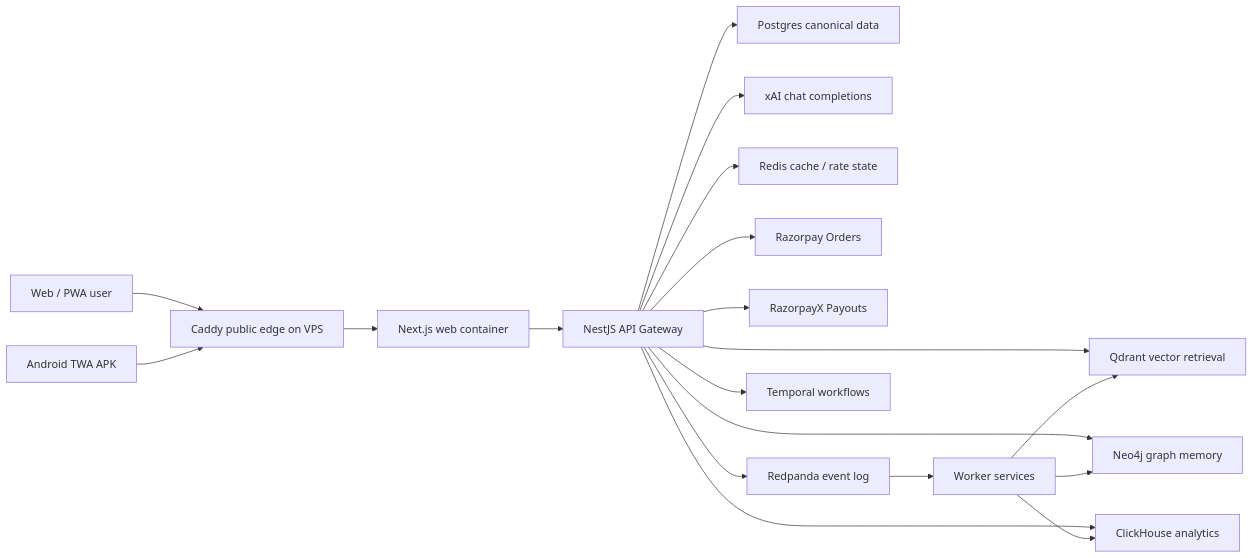
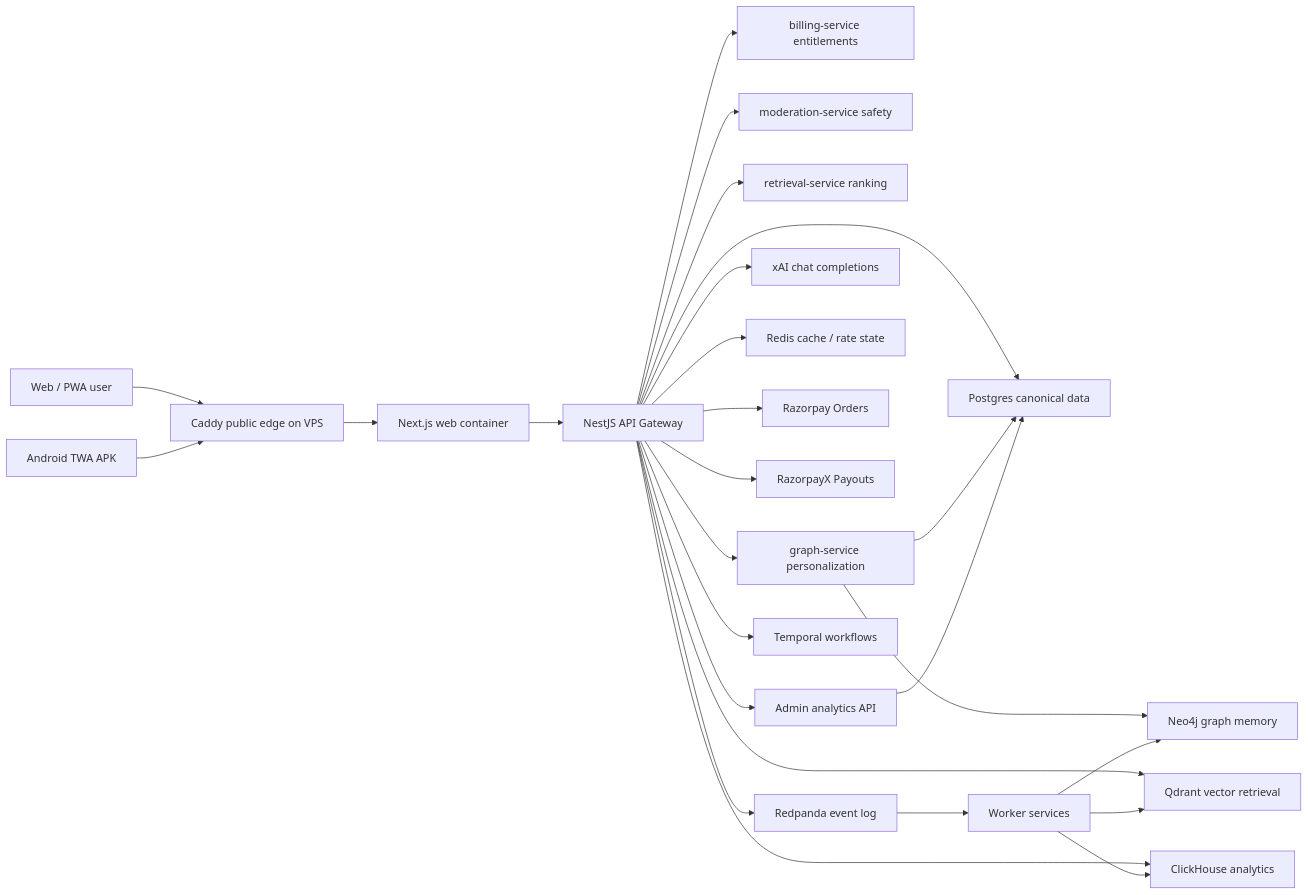
Before and after one commit to Afnanksalal/hana-chat: the first of 4 diagrams in docs/architecture.md, drawn with Mermaid. The commit also changed other lines of this file and 55 other files, not shown here.

First line of the commit message:
Make hanachat.site canonical; add admin analytics

````diff
--- a/docs/architecture.md
+++ b/docs/architecture.md
@@ -7,21 +7,28 @@
 ```mermaid
 flowchart LR
   User["Web / PWA user"] --> Caddy["Caddy public edge on VPS"]
   Android["Android TWA APK"] --> Caddy
   Caddy --> Web["Next.js web container"]
   Web --> Gateway["NestJS API Gateway"]
   Gateway --> Postgres["Postgres canonical data"]
+  Gateway --> BillingSvc["billing-service entitlements"]
+  Gateway --> ModerationSvc["moderation-service safety"]
+  Gateway --> RetrievalSvc["retrieval-service ranking"]
+  Gateway --> GraphSvc["graph-service personalization"]
+  GraphSvc --> Neo4j["Neo4j graph memory"]
+  GraphSvc --> Postgres
   Gateway --> Qdrant["Qdrant vector retrieval"]
   Gateway --> Xai["xAI chat completions"]
   Gateway --> Redis["Redis cache / rate state"]
   Gateway --> Razorpay["Razorpay Orders"]
   Gateway --> RazorpayX["RazorpayX Payouts"]
   Gateway --> Redpanda["Redpanda event log"]
   Gateway --> Temporal["Temporal workflows"]
   Gateway --> ClickHouse["ClickHouse analytics"]
-  Gateway --> Neo4j["Neo4j graph memory"]
   Redpanda --> Workers["Worker services"]
   Workers --> Qdrant
   Workers --> Neo4j
   Workers --> ClickHouse
+  Gateway --> Admin["Admin analytics API"]
+  Admin --> Postgres
 ```
````
